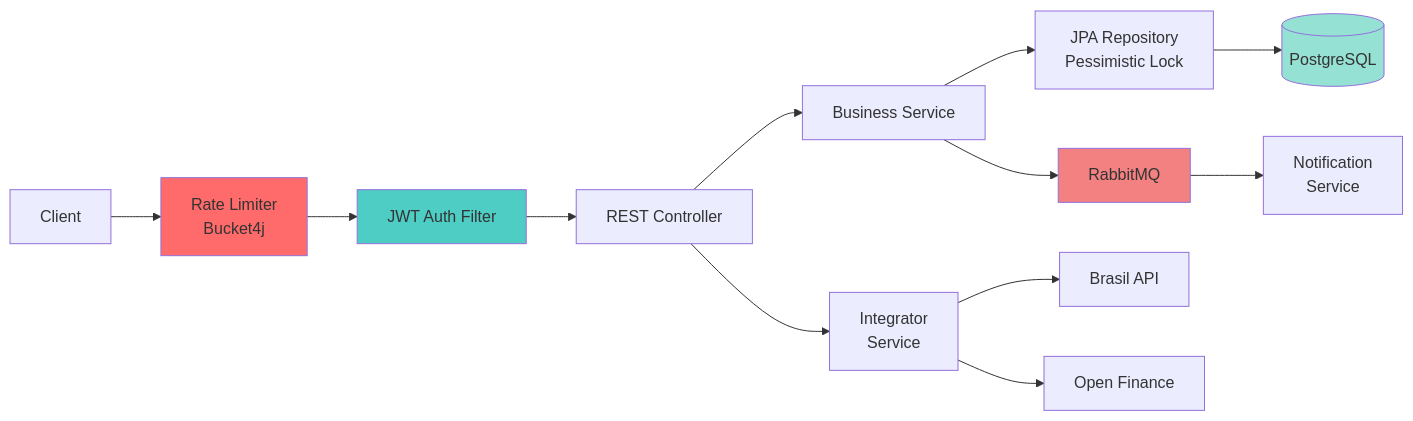
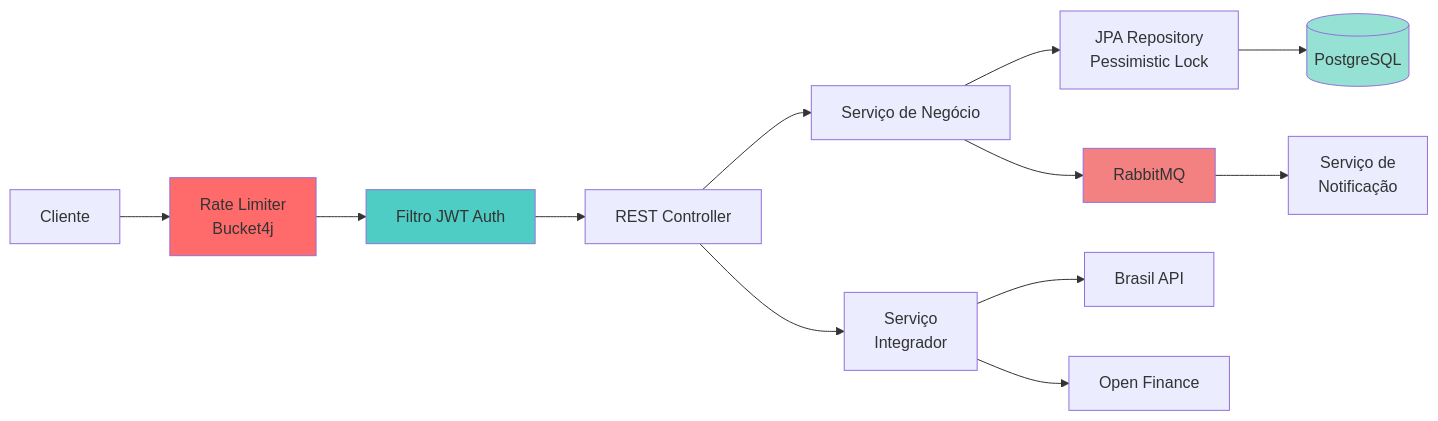
Before and after one commit to engpamelams-creator/JBankCore_Project_Java: the first of 2 diagrams in README.md, drawn with Mermaid. The commit also changed other lines of this file, not shown here.

````diff
--- a/README.md
+++ b/README.md
@@ -30,21 +30,21 @@
 ```mermaid
 graph LR
-    Client[Client] --> RateLimit[Rate Limiter<br/>Bucket4j]
-    RateLimit --> Auth[JWT Auth Filter]
+    Client[Cliente] --> RateLimit[Rate Limiter<br/>Bucket4j]
+    RateLimit --> Auth[Filtro JWT Auth]
     Auth --> Controller[REST Controller]
-    Controller --> Service[Business Service]
+    Controller --> Service[Serviço de Negócio]
     Service --> Repository[JPA Repository<br/>Pessimistic Lock]
     Repository --> DB[(PostgreSQL)]
     
     Service --> RabbitMQ[RabbitMQ]
-    RabbitMQ --> Notification[Notification<br/>Service]
+    RabbitMQ --> Notification[Serviço de<br/>Notificação]
     
-    Controller --> Integrator[Integrator<br/>Service]
+    Controller --> Integrator[Serviço<br/>Integrador]
     Integrator --> BrasilAPI[Brasil API]
     Integrator --> OpenFinance[Open Finance]
     
     style RateLimit fill:#ff6b6b
     style Auth fill:#4ecdc4
     style DB fill:#95e1d3
     style RabbitMQ fill:#f38181
 ```
````
